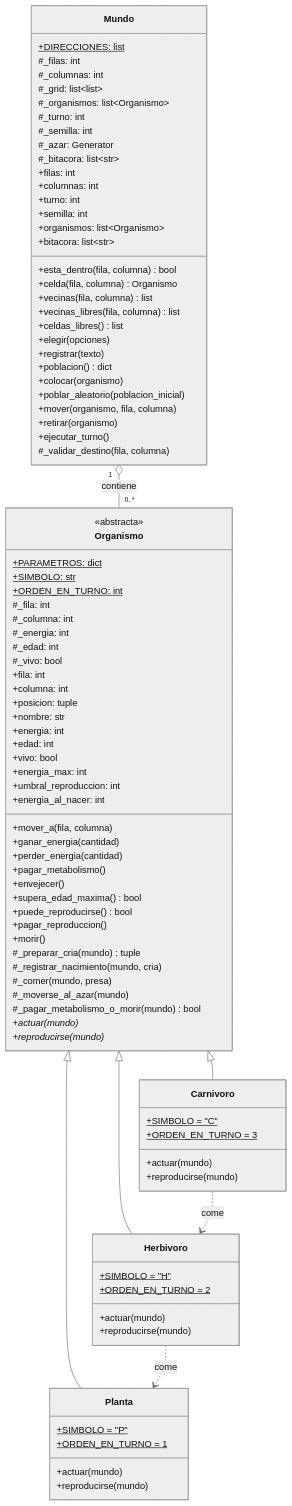
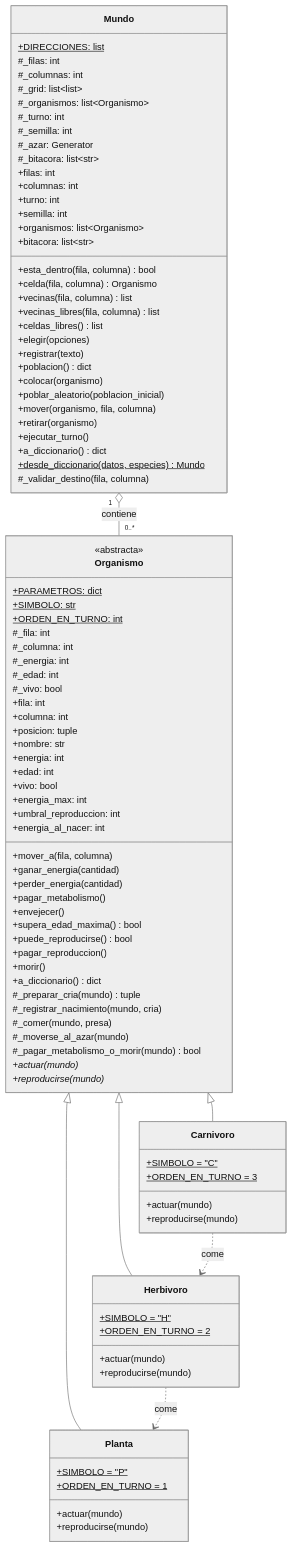
The diagram in docs/diagrama_clases.md (torrez-style/ecosistema-simulado), drawn with Mermaid (neutral theme) before and after one commit. The commit also changed 7 other files, not shown here.

```diff
--- a/docs/diagrama_clases.md
+++ b/docs/diagrama_clases.md
@@ -36,6 +36,7 @@
         +puede_reproducirse() bool
         +pagar_reproduccion()
         +morir()
+        +a_diccionario() dict
         #_preparar_cria(mundo) tuple
         #_registrar_nacimiento(mundo, cria)
         #_comer(mundo, presa)
@@ -95,6 +96,8 @@
         +mover(organismo, fila, columna)
         +retirar(organismo)
         +ejecutar_turno()
+        +a_diccionario() dict
+        +desde_diccionario(datos, especies)$ Mundo
         #_validar_destino(fila, columna)
     }
 
```
